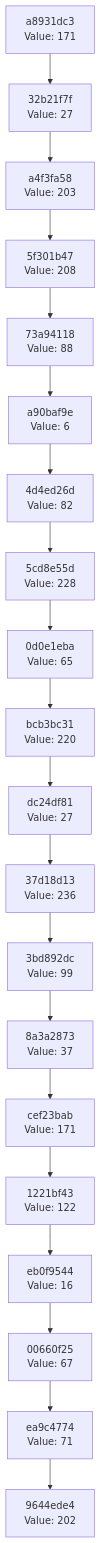
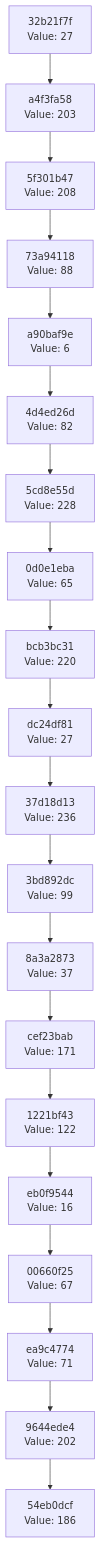
The diagram in docs/CHAIN_VISUALIZATION.md (Abhisheksinha1506/hash-chain-evolver), drawn with Mermaid before and after one commit. The commit also changed 2 other files, not shown here.

Commit message:
Evolution Step

````diff
--- a/docs/CHAIN_VISUALIZATION.md
+++ b/docs/CHAIN_VISUALIZATION.md
@@ -3,42 +3,42 @@
 ```mermaid
 graph TD
-    C0["9644ede4<br/>Value: 202"]
-    C1["ea9c4774<br/>Value: 71"]
+    C0["54eb0dcf<br/>Value: 186"]
+    C1["9644ede4<br/>Value: 202"]
     C1 --> C0
-    C2["00660f25<br/>Value: 67"]
+    C2["ea9c4774<br/>Value: 71"]
     C2 --> C1
-    C3["eb0f9544<br/>Value: 16"]
+    C3["00660f25<br/>Value: 67"]
     C3 --> C2
-    C4["1221bf43<br/>Value: 122"]
+    C4["eb0f9544<br/>Value: 16"]
     C4 --> C3
-    C5["cef23bab<br/>Value: 171"]
+    C5["1221bf43<br/>Value: 122"]
     C5 --> C4
-    C6["8a3a2873<br/>Value: 37"]
+    C6["cef23bab<br/>Value: 171"]
     C6 --> C5
-    C7["3bd892dc<br/>Value: 99"]
+    C7["8a3a2873<br/>Value: 37"]
     C7 --> C6
-    C8["37d18d13<br/>Value: 236"]
+    C8["3bd892dc<br/>Value: 99"]
     C8 --> C7
-    C9["dc24df81<br/>Value: 27"]
+    C9["37d18d13<br/>Value: 236"]
     C9 --> C8
-    C10["bcb3bc31<br/>Value: 220"]
+    C10["dc24df81<br/>Value: 27"]
     C10 --> C9
-    C11["0d0e1eba<br/>Value: 65"]
+    C11["bcb3bc31<br/>Value: 220"]
     C11 --> C10
-    C12["5cd8e55d<br/>Value: 228"]
+    C12["0d0e1eba<br/>Value: 65"]
     C12 --> C11
-    C13["4d4ed26d<br/>Value: 82"]
+    C13["5cd8e55d<br/>Value: 228"]
     C13 --> C12
-    C14["a90baf9e<br/>Value: 6"]
+    C14["4d4ed26d<br/>Value: 82"]
     C14 --> C13
-    C15["73a94118<br/>Value: 88"]
+    C15["a90baf9e<br/>Value: 6"]
     C15 --> C14
-    C16["5f301b47<br/>Value: 208"]
+    C16["73a94118<br/>Value: 88"]
     C16 --> C15
-    C17["a4f3fa58<br/>Value: 203"]
+    C17["5f301b47<br/>Value: 208"]
     C17 --> C16
-    C18["32b21f7f<br/>Value: 27"]
+    C18["a4f3fa58<br/>Value: 203"]
     C18 --> C17
-    C19["a8931dc3<br/>Value: 171"]
+    C19["32b21f7f<br/>Value: 27"]
     C19 --> C18
 ```
````
